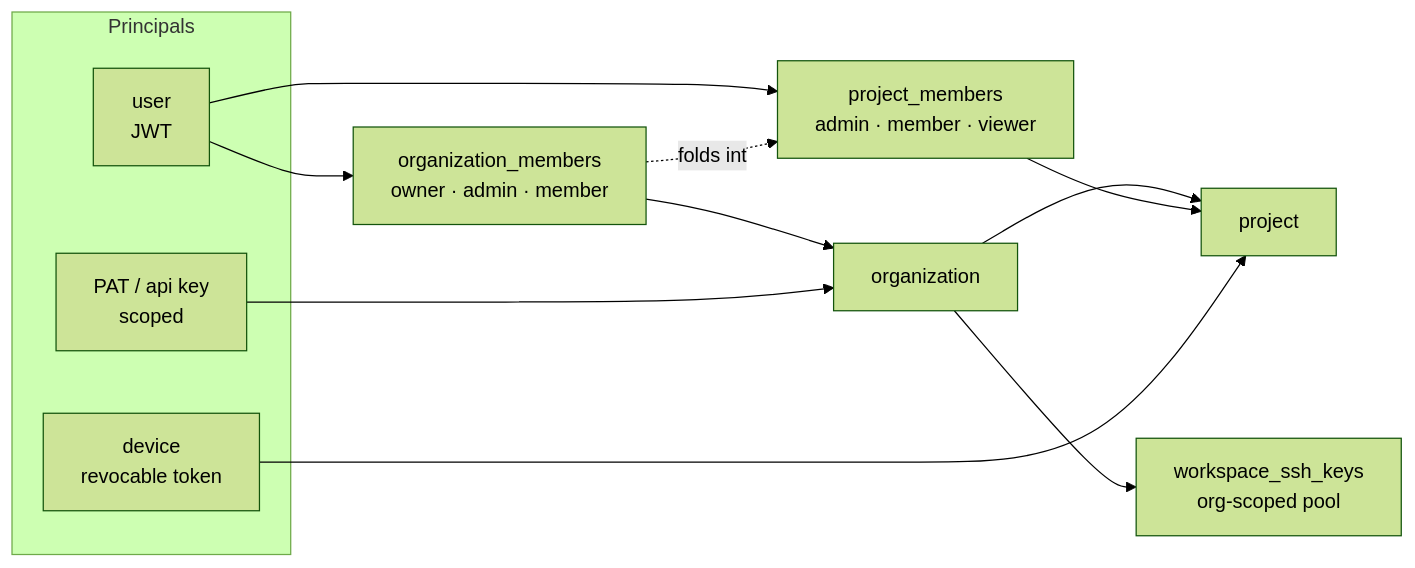
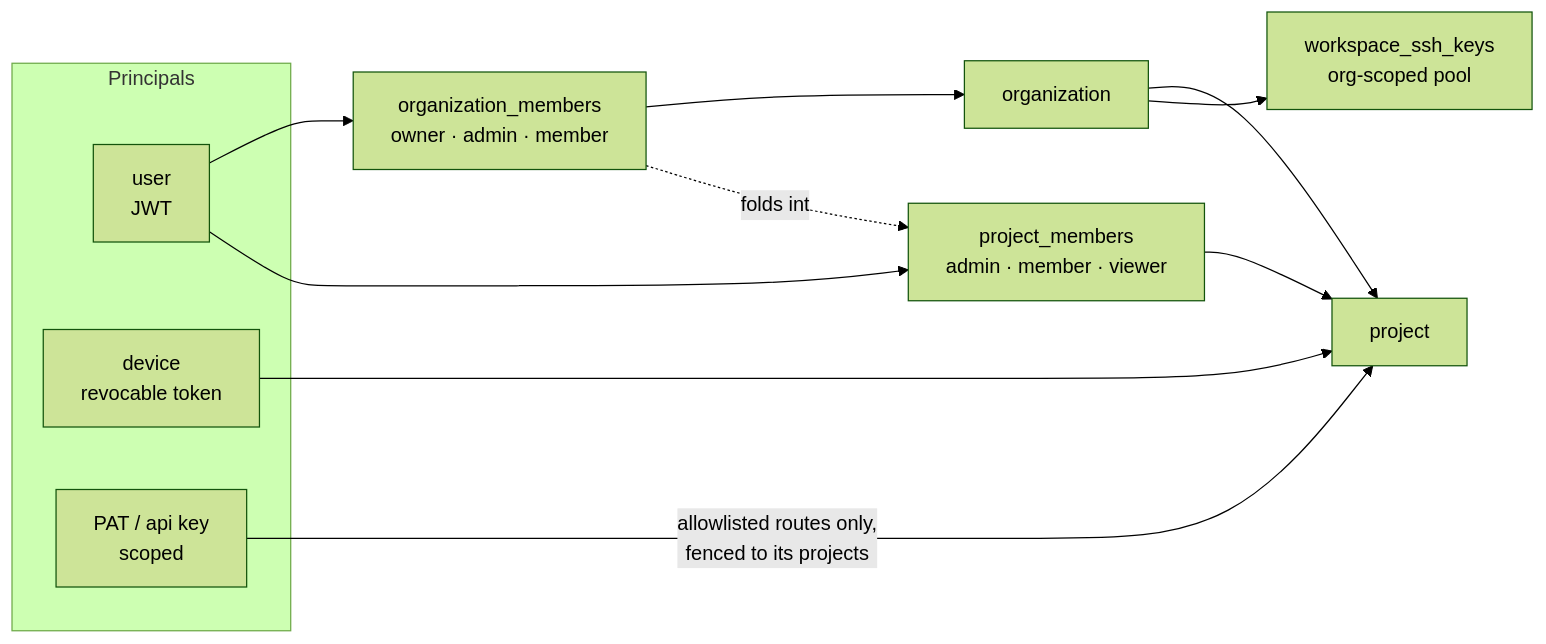
Before and after one commit to SidCorp-co/forge: the diagram in docs/modules/organization-access/README.md, drawn with Mermaid (forest theme). The commit also changed other lines of this file and 7 other files, not shown here.

````diff
--- a/docs/modules/organization-access/README.md
+++ b/docs/modules/organization-access/README.md
@@ -6,13 +6,13 @@
 ```mermaid
 flowchart LR
   subgraph Principals
     U[user<br/>JWT] ; D[device<br/>revocable token] ; P[PAT / api key<br/>scoped]
   end
   ORG[organization] --> PRJ[project]
   ORG --> KEYS[workspace_ssh_keys<br/>org-scoped pool]
   U --> OM[organization_members<br/>owner · admin · member] --> ORG
   U --> PM[project_members<br/>admin · member · viewer] --> PRJ
   D --> PRJ
-  P --> ORG
+  P -->|allowlisted routes only,<br/>fenced to its projects| PRJ
   OM -.folds into.-> PM
 ```
````
